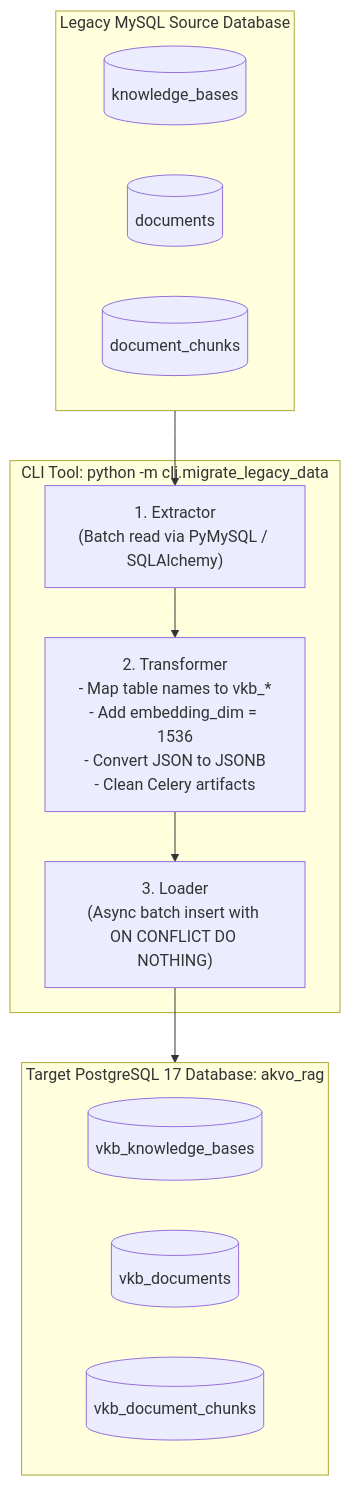
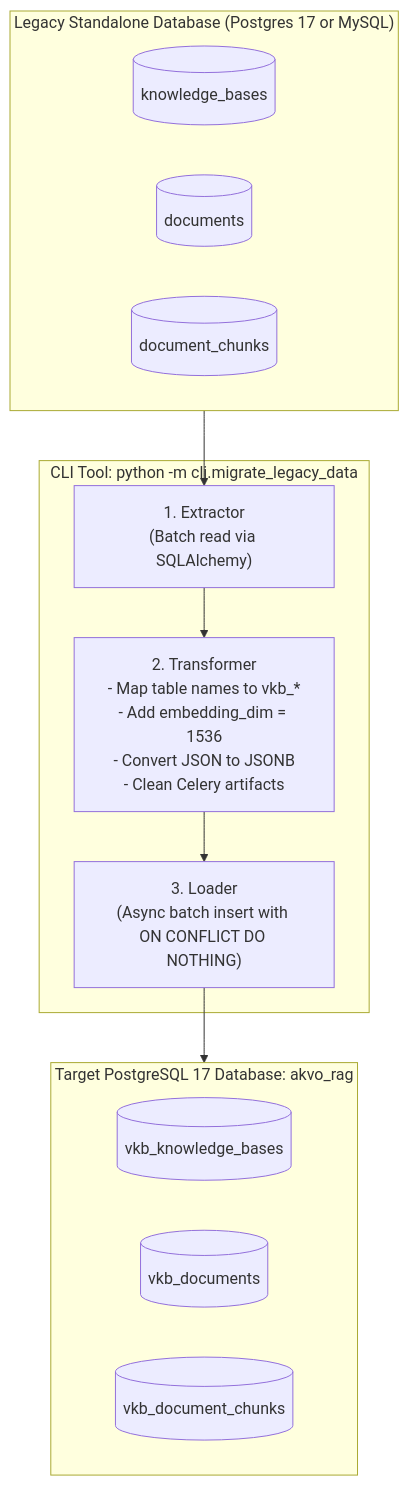
Before and after one commit to akvo/akvo-rag: the diagram in docs/features/008_db_204_postgres_adapter_and_legacy_data_migration_cli_spec.md, drawn with Mermaid. The commit also changed other lines of this file, not shown here.

Commit message:
docs(features): clarify vector-kb-mcp postgresql 17 source context in spec 008

````diff
--- a/docs/features/008_db_204_postgres_adapter_and_legacy_data_migration_cli_spec.md
+++ b/docs/features/008_db_204_postgres_adapter_and_legacy_data_migration_cli_spec.md
@@ -38,25 +38,25 @@
 ```mermaid
 graph TD
-    subgraph LegacySource["Legacy MySQL Source Database"]
+    subgraph LegacySource["Legacy Standalone Database (Postgres 17 or MySQL)"]
         LKB[("knowledge_bases")]
         LDOC[("documents")]
         LCHUNK[("document_chunks")]
     end
 
     subgraph ETLScript["CLI Tool: python -m cli.migrate_legacy_data"]
-        Extractor["1. Extractor<br/>(Batch read via PyMySQL / SQLAlchemy)"]
+        Extractor["1. Extractor<br/>(Batch read via SQLAlchemy)"]
         Transformer["2. Transformer<br/>- Map table names to vkb_*<br/>- Add embedding_dim = 1536<br/>- Convert JSON to JSONB<br/>- Clean Celery artifacts"]
         Loader["3. Loader<br/>(Async batch insert with ON CONFLICT DO NOTHING)"]
     end
 
     subgraph TargetPostgres["Target PostgreSQL 17 Database: akvo_rag"]
         TKB[("vkb_knowledge_bases")]
         TDOC[("vkb_documents")]
         TCHUNK[("vkb_document_chunks")]
     end
 
     LegacySource --> Extractor
     Extractor --> Transformer
     Transformer --> Loader
     Loader --> TargetPostgres
 ```
````
